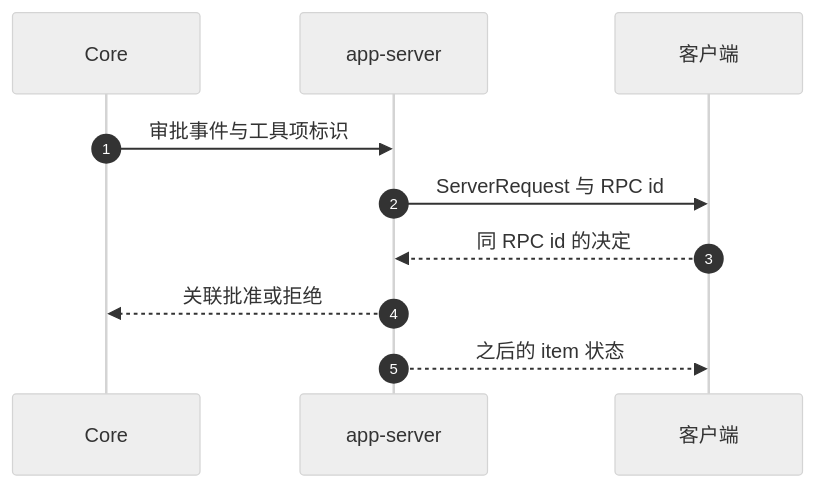
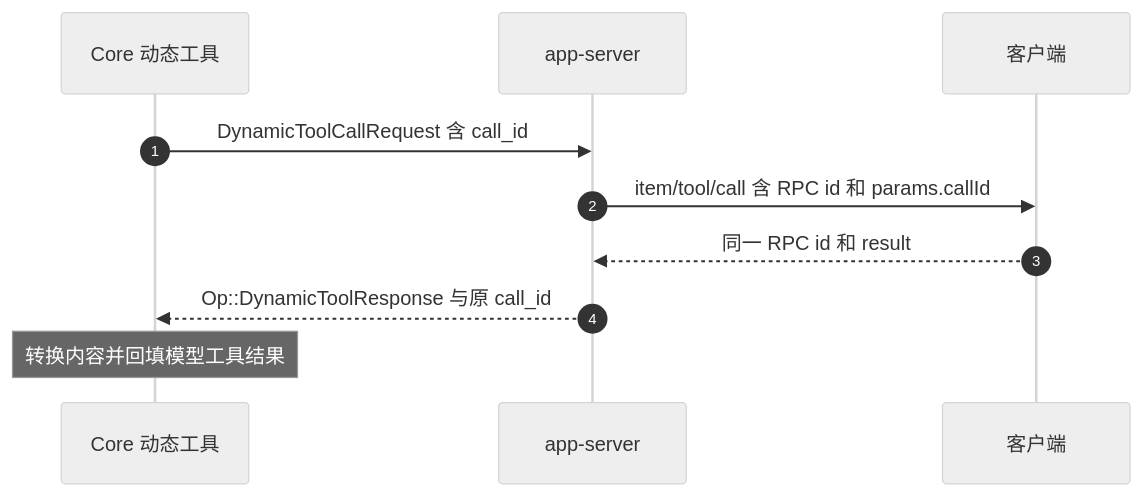
One commit to GLBB/codex changed the diagram in wiki/protocols/tools-approval.md. Above: the diagram before and after it, drawn with Mermaid (neutral theme). The commit also changed other lines of this file and 28 other files, not shown here.

````diff
--- a/wiki/protocols/tools-approval.md
+++ b/wiki/protocols/tools-approval.md
@@ -33,12 +69,12 @@
 ```mermaid
 sequenceDiagram
     autonumber
-    participant C as Core
+    participant C as Core 动态工具
     participant A as app-server
     participant U as 客户端
-    C->>A: 审批事件与工具项标识
-    A->>U: ServerRequest 与 RPC id
-    U-->>A: 同 RPC id 的决定
-    A-->>C: 关联批准或拒绝
-    A-->>U: 之后的 item 状态
+    C->>A: DynamicToolCallRequest 含 call_id
+    A->>U: item/tool/call 含 RPC id 和 params.callId
+    U-->>A: 同一 RPC id 和 result
+    A-->>C: Op::DynamicToolResponse 与原 call_id
+    Note over C: 转换内容并回填模型工具结果
 ```
````
